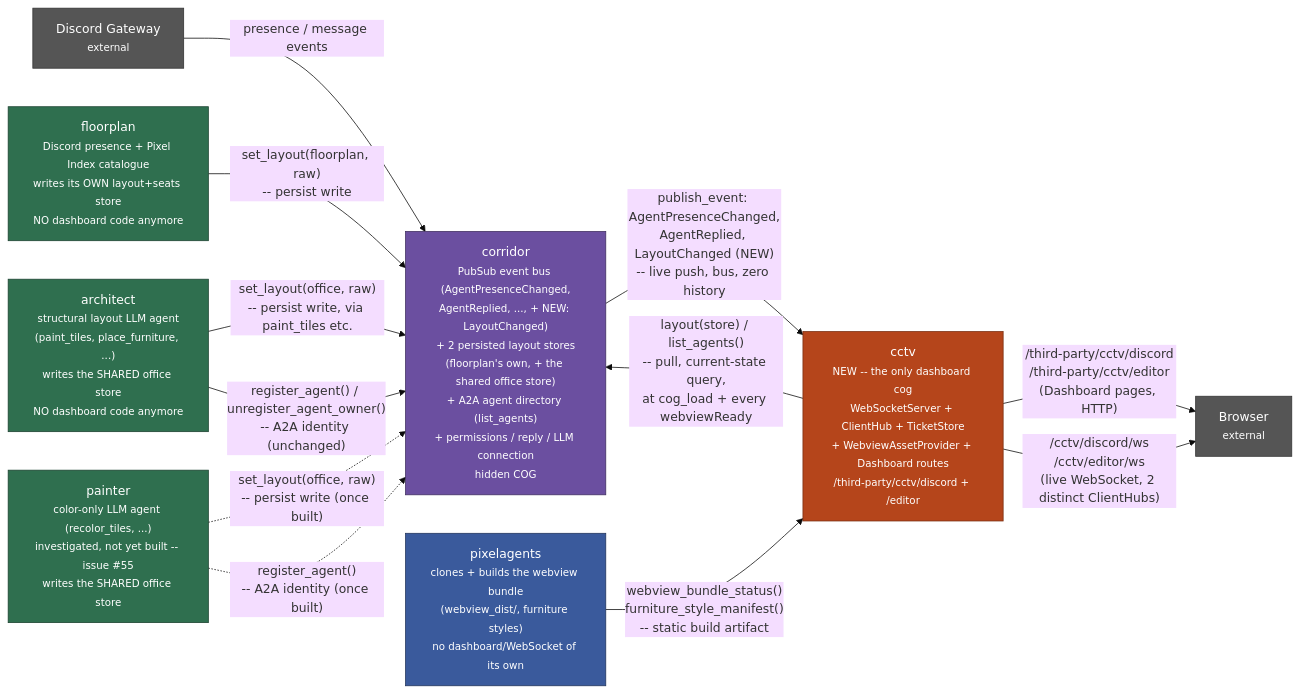
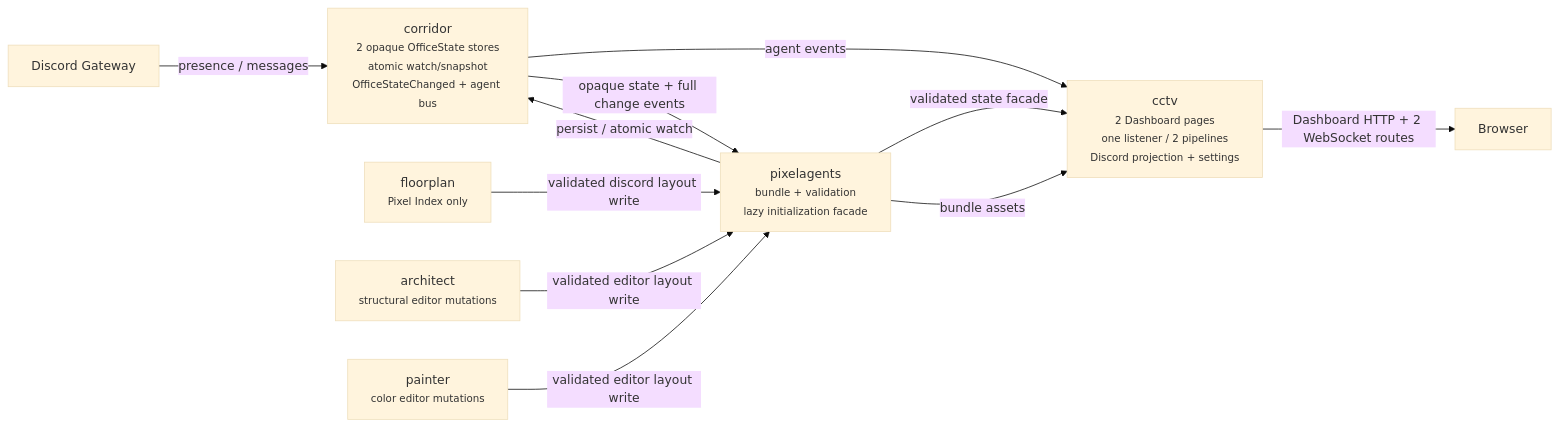
Before and after one commit to pixel-agents-hq/pixel-agents-cogs: the first of 4 diagrams in docs/cctv-design.md, drawn with Mermaid (base theme). The commit also changed other lines of this file, not shown here.

Commit message:
docs: finalize cctv extraction architecture

````diff
--- a/docs/cctv-design.md
+++ b/docs/cctv-design.md
@@ -338,39 +332,22 @@
 ```mermaid
 flowchart LR
-    classDef infra fill:#6b4fa0,stroke:#402f60,color:#fff
-    classDef newcog fill:#b5451b,stroke:#7a2e10,color:#fff
-    classDef domain fill:#2f6f4f,stroke:#1c4230,color:#fff
-    classDef build fill:#3a5a9c,stroke:#22355c,color:#fff
-    classDef external fill:#555,stroke:#333,color:#fff
+    Discord["Discord Gateway"]
+    Corridor["corridor<br/><small>2 opaque OfficeState stores<br/>atomic watch/snapshot<br/>OfficeStateChanged + agent bus</small>"]
+    Pixelagents["pixelagents<br/><small>bundle + validation<br/>lazy initialization facade</small>"]
+    Cctv["cctv<br/><small>2 Dashboard pages<br/>one listener / 2 pipelines<br/>Discord projection + settings</small>"]
+    Floorplan["floorplan<br/><small>Pixel Index only</small>"]
+    Architect["architect<br/><small>structural editor mutations</small>"]
+    Painter["painter<br/><small>color editor mutations</small>"]
+    Browser["Browser"]
 
-    Discord["Discord Gateway<br/><small>external</small>"]
-    Corridor["corridor<br/><small>PubSub event bus (AgentPresenceChanged,<br/>AgentReplied, ..., + NEW: LayoutChanged)<br/>+ 2 persisted layout stores<br/>(floorplan's own, + the shared office store)<br/>+ A2A agent directory (list_agents)<br/>+ permissions / reply / LLM connection<br/>hidden COG</small>"]
-    Floorplan["floorplan<br/><small>Discord presence + Pixel Index catalogue<br/>writes its OWN layout+seats store<br/>NO dashboard code anymore</small>"]
-    Architect["architect<br/><small>structural layout LLM agent<br/>(paint_tiles, place_furniture, ...)<br/>writes the SHARED office store<br/>NO dashboard code anymore</small>"]
-    Painter["painter<br/><small>color-only LLM agent (recolor_tiles, ...)<br/>investigated, not yet built -- issue #55<br/>writes the SHARED office store</small>"]
-    Pixelagents["pixelagents<br/><small>clones + builds the webview bundle<br/>(webview_dist/, furniture styles)<br/>no dashboard/WebSocket of its own</small>"]
-    Cctv["cctv<br/><small>NEW -- the only dashboard cog<br/>WebSocketServer + ClientHub + TicketStore<br/>+ WebviewAssetProvider + Dashboard routes<br/>/third-party/cctv/discord + /editor</small>"]
-    Browser["Browser<br/><small>external</small>"]
-
-    Discord -->|"presence / message events"| Corridor
-
-    Floorplan -->|"set_layout(floorplan, raw)<br/>-- persist write"| Corridor
-    Architect -->|"set_layout(office, raw)<br/>-- persist write, via paint_tiles etc."| Corridor
-    Architect -->|"register_agent() / unregister_agent_owner()<br/>-- A2A identity (unchanged)"| Corridor
-    Painter -.->|"set_layout(office, raw)<br/>-- persist write (once built)"| Corridor
-    Painter -.->|"register_agent()<br/>-- A2A identity (once built)"| Corridor
-
-    Corridor -->|"publish_event: AgentPresenceChanged,<br/>AgentReplied, LayoutChanged (NEW)<br/>-- live push, bus, zero history"| Cctv
-    Cctv -->|"layout(store) / list_agents()<br/>-- pull, current-state query,<br/>at cog_load + every webviewReady"| Corridor
-
-    Pixelagents -->|"webview_bundle_status()<br/>furniture_style_manifest()<br/>-- static build artifact"| Cctv
-
-    Cctv -->|"/third-party/cctv/discord<br/>/third-party/cctv/editor<br/>(Dashboard pages, HTTP)"| Browser
-    Cctv -->|"/cctv/discord/ws<br/>/cctv/editor/ws<br/>(live WebSocket, 2 distinct ClientHubs)"| Browser
-
-    class Corridor infra
-    class Cctv newcog
-    class Floorplan,Architect,Painter domain
-    class Pixelagents build
-    class Discord,Browser external
+    Discord -->|presence / messages| Corridor
+    Corridor -->|agent events| Cctv
+    Corridor -->|opaque state + full change events| Pixelagents
+    Pixelagents -->|validated state facade| Cctv
+    Floorplan -->|validated discord layout write| Pixelagents
+    Architect -->|validated editor layout write| Pixelagents
+    Painter -->|validated editor layout write| Pixelagents
+    Pixelagents -->|persist / atomic watch| Corridor
+    Pixelagents -->|bundle assets| Cctv
+    Cctv -->|Dashboard HTTP + 2 WebSocket routes| Browser
 ```
````
